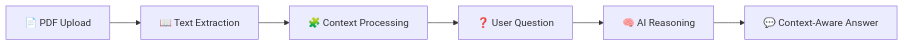
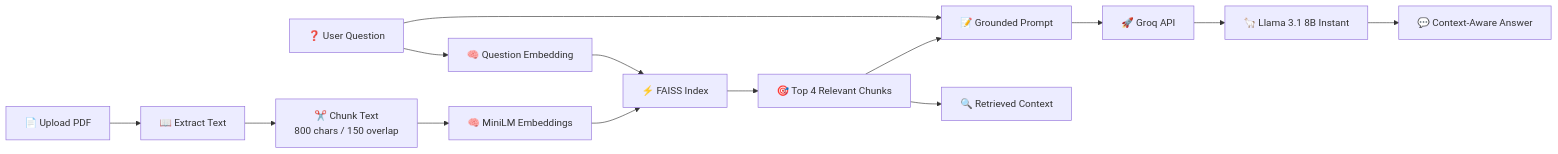
One commit to Priyanshu710-ui/-AI-Powered-PDF-Q-A-Tool changed the first of 2 diagrams in README.md. Above: the diagram before and after it, drawn with Mermaid. The commit also changed other lines of this file, not shown here.

````diff
--- a/README.md
+++ b/README.md
@@ -30,8 +53,19 @@
 ```mermaid
 flowchart LR
-    A[📄 PDF Upload] --> B[📖 Text Extraction]
-    B --> C[🧩 Context Processing]
-    C --> D[❓ User Question]
-    D --> E[🧠 AI Reasoning]
-    E --> F[💬 Context-Aware Answer]
+    A[📄 Upload PDF] --> B[📖 Extract Text]
+    B --> C[✂️ Chunk Text<br/>800 chars / 150 overlap]
+    C --> D[🧠 MiniLM Embeddings]
+    D --> E[⚡ FAISS Index]
+
+    Q[❓ User Question] --> QE[🧠 Question Embedding]
+    QE --> E
+    E --> R[🎯 Top 4 Relevant Chunks]
+
+    R --> P[📝 Grounded Prompt]
+    Q --> P
+    P --> G[🚀 Groq API]
+    G --> L[🦙 Llama 3.1 8B Instant]
+    L --> O[💬 Context-Aware Answer]
+
+    R --> X[🔍 Retrieved Context]
 ```
````
